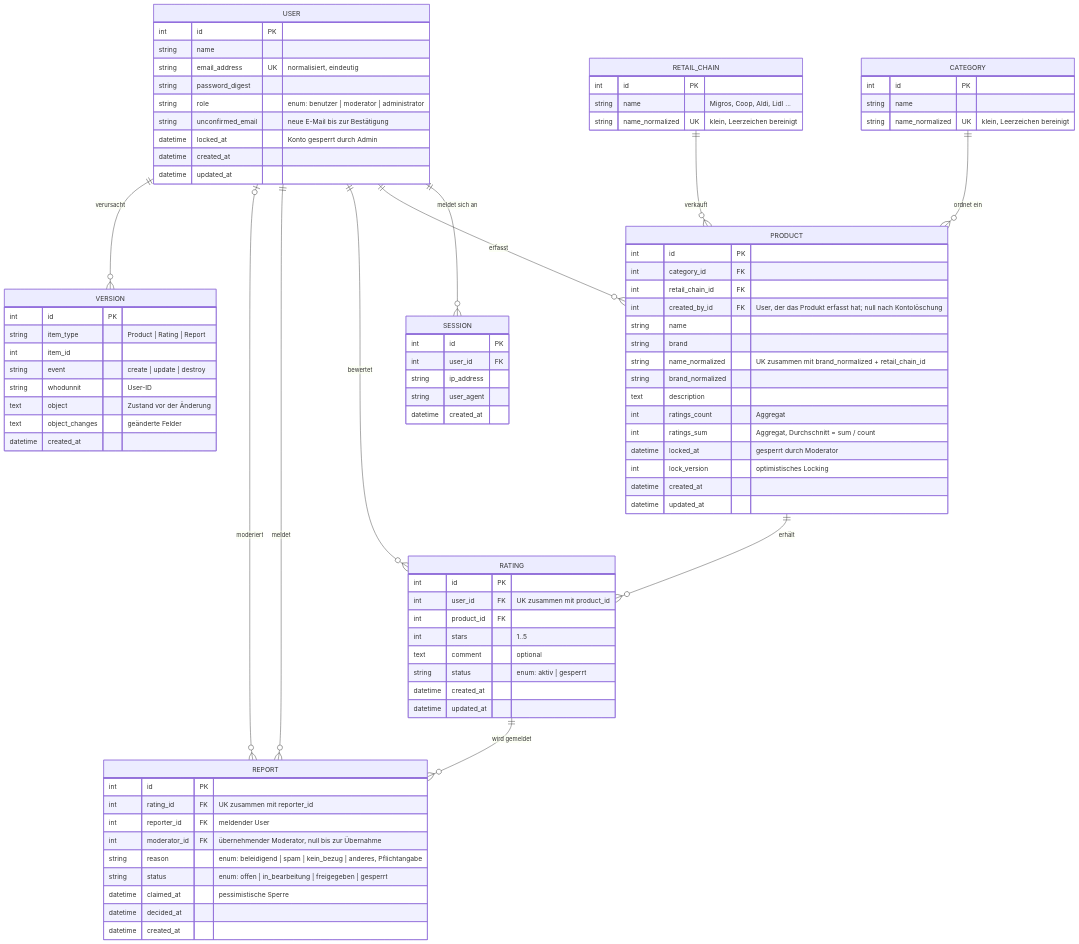
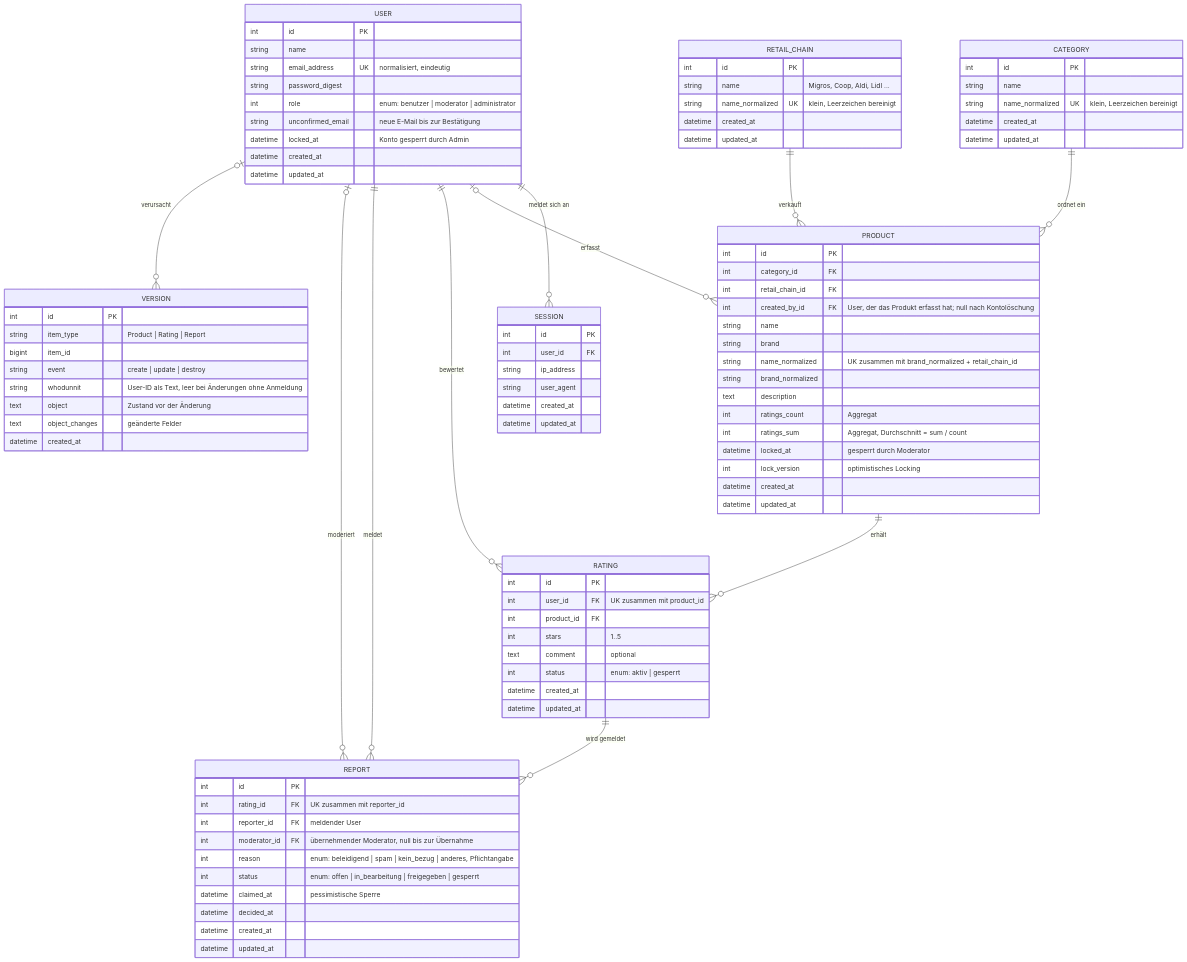
The diagram in docs/projektantrag.md (bawan-code/m223), drawn with Mermaid before and after one commit. The commit also changed other lines of this file and 13 other files, not shown here.

````diff
--- a/docs/projektantrag.md
+++ b/docs/projektantrag.md
@@ -199,7 +215,7 @@
         string name
         string email_address UK "normalisiert, eindeutig"
         string password_digest
-        string role "enum: benutzer | moderator | administrator"
+        int role "enum: benutzer | moderator | administrator"
         string unconfirmed_email "neue E-Mail bis zur Bestätigung"
         datetime locked_at "Konto gesperrt durch Admin"
         datetime created_at
@@ -212,18 +228,23 @@
         string ip_address
         string user_agent
         datetime created_at
+        datetime updated_at
     }
 
     CATEGORY {
         int id PK
         string name
         string name_normalized UK "klein, Leerzeichen bereinigt"
+        datetime created_at
+        datetime updated_at
     }
 
     RETAIL_CHAIN {
         int id PK
         string name "Migros, Coop, Aldi, Lidl ..."
         string name_normalized UK "klein, Leerzeichen bereinigt"
+        datetime created_at
+        datetime updated_at
     }
 
     PRODUCT {
@@ -250,7 +271,7 @@
         int product_id FK
         int stars "1..5"
         text comment "optional"
-        string status "enum: aktiv | gesperrt"
+        int status "enum: aktiv | gesperrt"
         datetime created_at
         datetime updated_at
     }
@@ -260,26 +281,27 @@
         int rating_id FK "UK zusammen mit reporter_id"
         int reporter_id FK "meldender User"
         int moderator_id FK "übernehmender Moderator, null bis zur Übernahme"
-        string reason "enum: beleidigend | spam | kein_bezug | anderes, Pflichtangabe"
-        string status "enum: offen | in_bearbeitung | freigegeben | gesperrt"
+        int reason "enum: beleidigend | spam | kein_bezug | anderes, Pflichtangabe"
+        int status "enum: offen | in_bearbeitung | freigegeben | gesperrt"
         datetime claimed_at "pessimistische Sperre"
         datetime decided_at
         datetime created_at
+        datetime updated_at
     }
 
     VERSION {
         int id PK
         string item_type "Product | Rating | Report"
-        int item_id
+        bigint item_id
         string event "create | update | destroy"
-        string whodunnit "User-ID"
+        string whodunnit "User-ID als Text, leer bei Änderungen ohne Anmeldung"
         text object "Zustand vor der Änderung"
         text object_changes "geänderte Felder"
         datetime created_at
     }
 
     USER ||--o{ SESSION : "meldet sich an"
-    USER ||--o{ PRODUCT : "erfasst"
+    USER |o--o{ PRODUCT : "erfasst"
     USER ||--o{ RATING : "bewertet"
     PRODUCT ||--o{ RATING : "erhält"
     CATEGORY ||--o{ PRODUCT : "ordnet ein"
@@ -287,5 +309,5 @@
     RATING ||--o{ REPORT : "wird gemeldet"
     USER ||--o{ REPORT : "meldet"
     USER |o--o{ REPORT : "moderiert"
-    USER ||--o{ VERSION : "verursacht"
+    USER |o--o{ VERSION : "verursacht"
 ```
````
